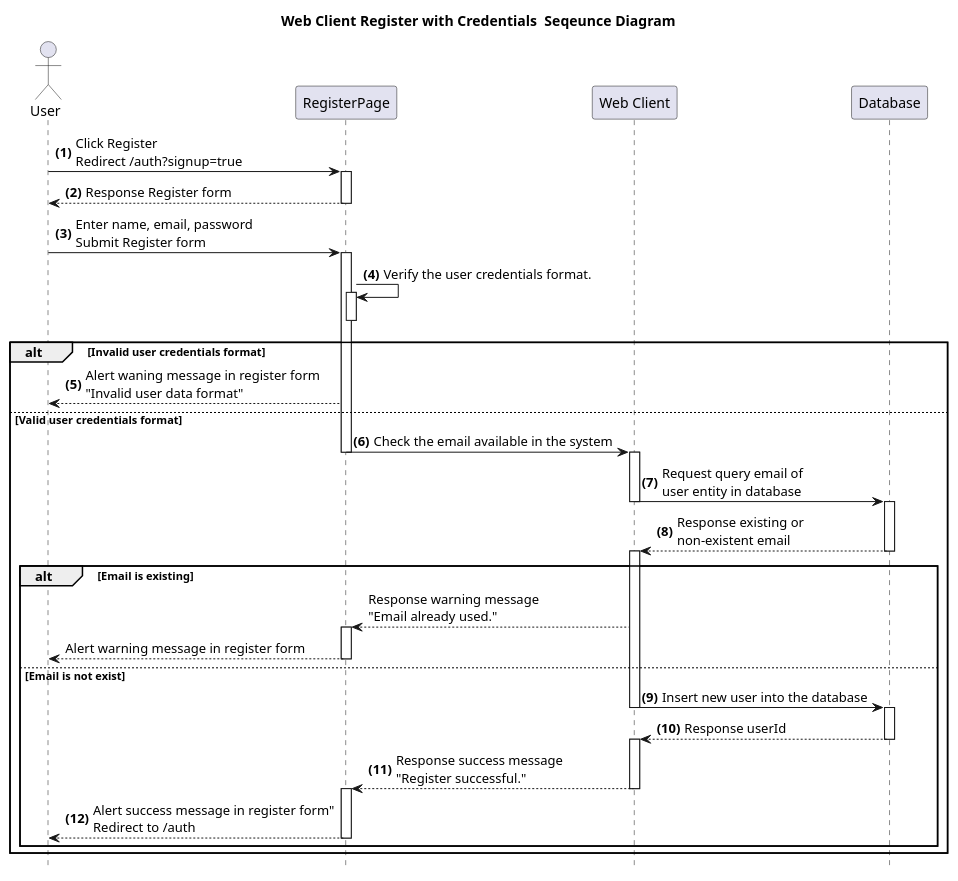
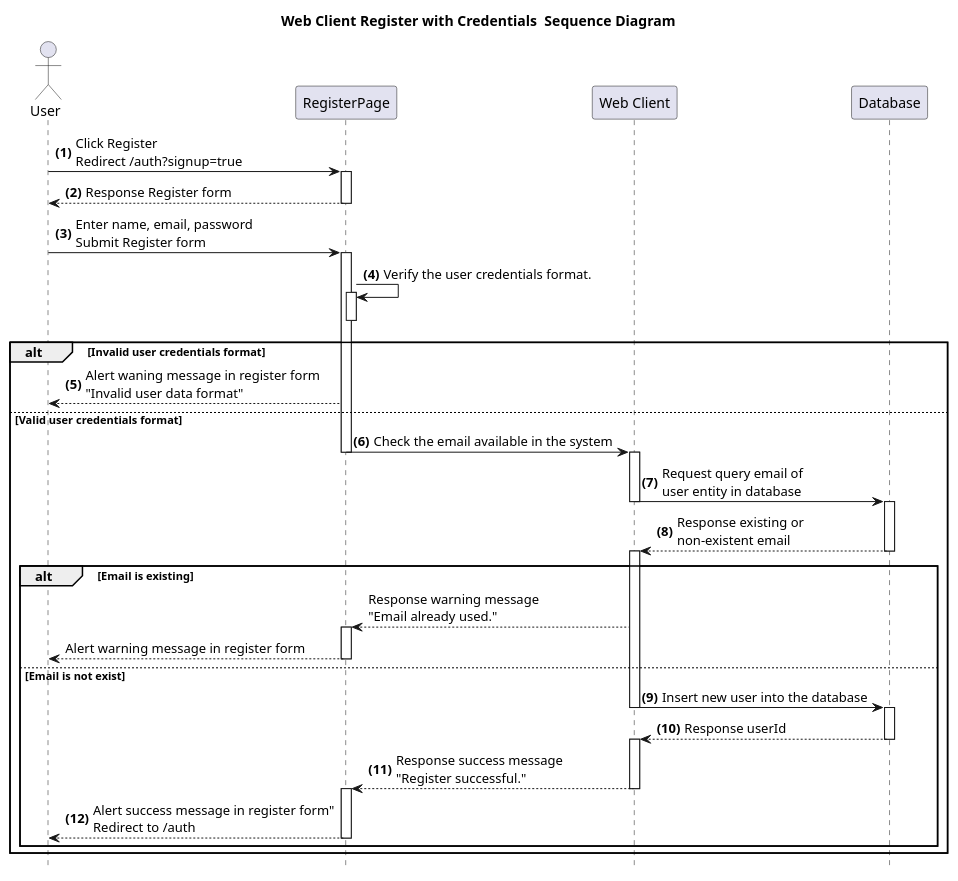
The diagram in documents/diagrams/src/web-client/RegisterWithCredentials.wsd (Kritsanawipankhet/CE64-41), drawn with PlantUML before and after one commit. The commit also changed 12 other files, not shown here.

Commit message:
edit title diagram

```diff
--- a/documents/diagrams/src/web-client/RegisterWithCredentials.wsd
+++ b/documents/diagrams/src/web-client/RegisterWithCredentials.wsd
@@ -1,28 +1,28 @@
 @startuml Web Client Register with Credentials 
-title **Web Client Register with Credentials ** Seqeunce Diagram
+title **Web Client Register with Credentials ** Sequence Diagram
 hide footbox
 Actor User
 autonumber "<b>(0)"
 User-> RegisterPage ++: Click Register\nRedirect /auth?signup=true 
 RegisterPage --> User --: Response Register form
 User -> RegisterPage ++: Enter name, email, password \nSubmit Register form
 RegisterPage -> RegisterPage ++--: Verify the user credentials format.
 alt Invalid user credentials format
     RegisterPage --> "User" : Alert waning message in register form\n"Invalid user data format"
 else Valid user credentials format
     RegisterPage -> "Web Client" --++: Check the email available in the system
     "Web Client" -> "Database" --++:  Request query email of \nuser entity in database 
     "Database" --> "Web Client" --++: Response existing or \nnon-existent email 
     alt Email is existing
     autonumber stop
         "Web Client" --> RegisterPage ++: Response warning message \n"Email already used."
         "RegisterPage" --> "User" --: Alert warning message in register form
     else Email is not exist
     autonumber resume
         "Web Client" -> "Database" --++: Insert new user into the database
         Database --> "Web Client" --++: Response userId
         "Web Client" --> "RegisterPage" --++:  Response success message\n"Register successful."
         "RegisterPage" --> "User" --: Alert success message in register form"\nRedirect to /auth
     end
 end
 @enduml
```
